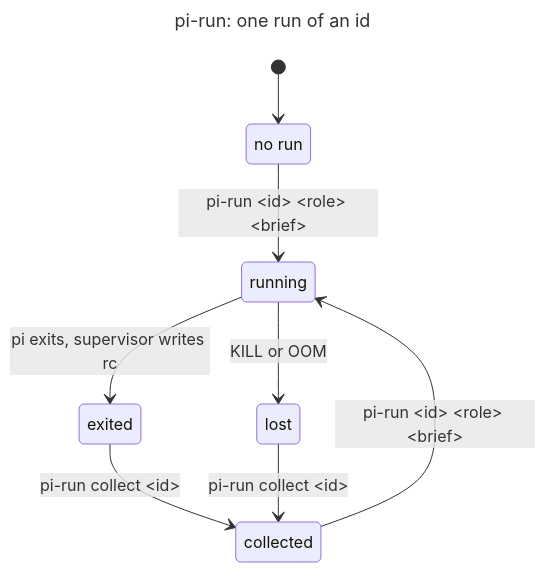
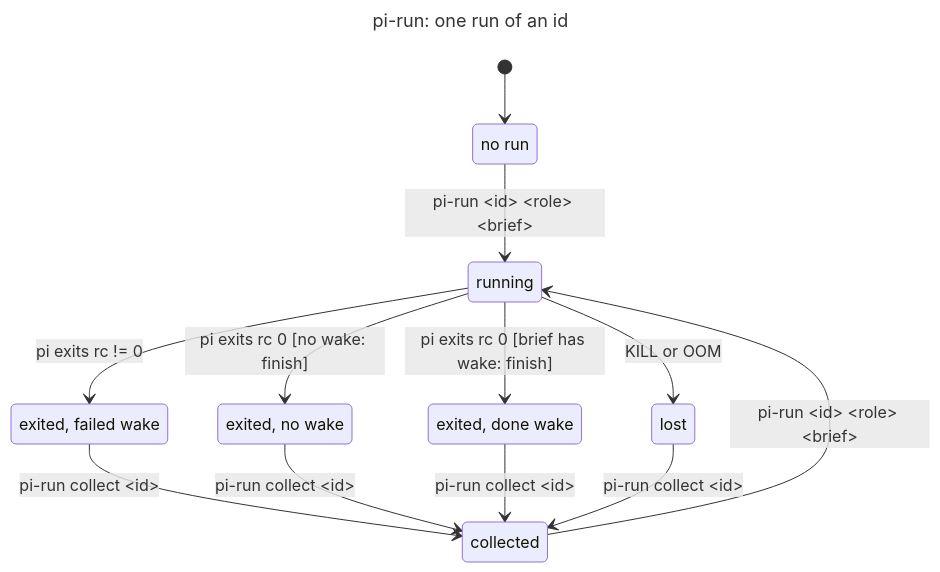
Before and after one commit to injaneity/zstack: the diagram in bin/PiRun.mmd, drawn with Mermaid. The commit also changed 9 other files, not shown here.

First line of the commit message:
feat(pi-run): wake on finish when the brief says wake: finish

```diff
--- a/bin/PiRun.mmd
+++ b/bin/PiRun.mmd
@@ -1,16 +1,22 @@
 ---
 title: "pi-run: one run of an id"
 ---
 stateDiagram-v2
   s0: no run
   s1: running
-  s2: exited
-  s3: lost
-  s4: collected
+  s2: exited, failed wake
+  s3: exited, no wake
+  s4: exited, done wake
+  s5: lost
+  s6: collected
   [*] --> s0
   s0 --> s1: pi-run #60;id> #60;role> #60;brief>
-  s1 --> s2: pi exits, supervisor writes rc
-  s1 --> s3: KILL or OOM
-  s2 --> s4: pi-run collect #60;id>
-  s3 --> s4: pi-run collect #60;id>
-  s4 --> s1: pi-run #60;id> #60;role> #60;brief>
+  s1 --> s2: pi exits rc != 0
+  s1 --> s3: pi exits rc 0 [no wake: finish]
+  s1 --> s5: KILL or OOM
+  s1 --> s4: pi exits rc 0 [brief has wake: finish]
+  s2 --> s6: pi-run collect #60;id>
+  s3 --> s6: pi-run collect #60;id>
+  s4 --> s6: pi-run collect #60;id>
+  s5 --> s6: pi-run collect #60;id>
+  s6 --> s1: pi-run #60;id> #60;role> #60;brief>
```
